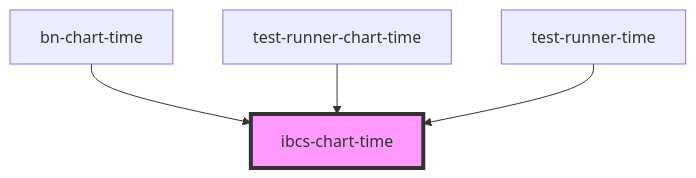
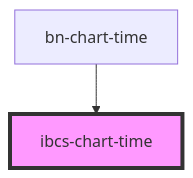
One commit to bino-bi/bn-template-engine changed the diagram in src/components/bn-chart-time/readme.md. Above: the diagram before and after it, drawn with Mermaid. The commit also changed other lines of this file and 17 other files, not shown here.

Commit message:
feat: remove test-runner-time and test-runner-title components

````diff
--- a/src/components/bn-chart-time/readme.md
+++ b/src/components/bn-chart-time/readme.md
@@ -193,7 +191,5 @@
 ```mermaid
 graph TD;
   bn-chart-time --> ibcs-chart-time
-  test-runner-chart-time --> ibcs-chart-time
-  test-runner-time --> ibcs-chart-time
   style ibcs-chart-time fill:#f9f,stroke:#333,stroke-width:4px
 ```
````
